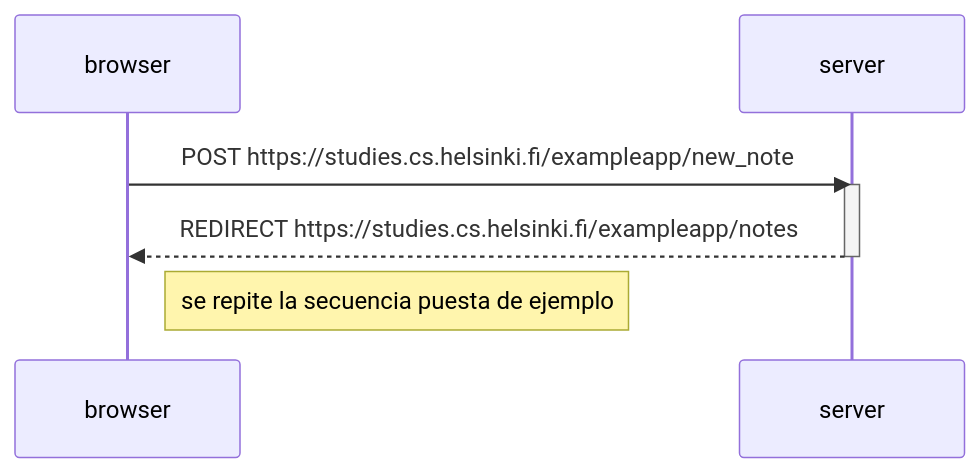
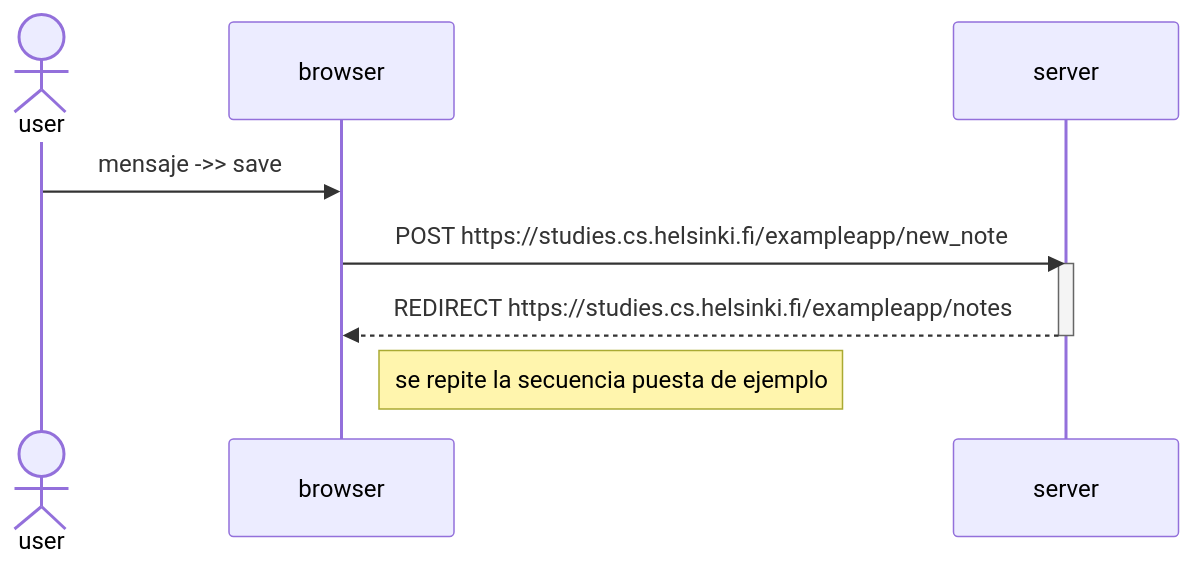
Before and after one commit to Agustin-del/helsinki-fullstack: the diagram in diagrama-nota.md, drawn with Mermaid.

Commit message:
agregado del usuario

````diff
--- a/diagrama-nota.md
+++ b/diagrama-nota.md
@@ -1,10 +1,12 @@
 ```mermaid
 sequenceDiagram
+    actor user
     participant browser
     participant server
+    user ->>browser: mensaje ->> save
     browser->>server: POST https://studies.cs.helsinki.fi/exampleapp/new_note
     activate server
     server-->>browser:REDIRECT https://studies.cs.helsinki.fi/exampleapp/notes
     deactivate server
     Note right of browser: se repite la secuencia puesta de ejemplo
 ```
````
